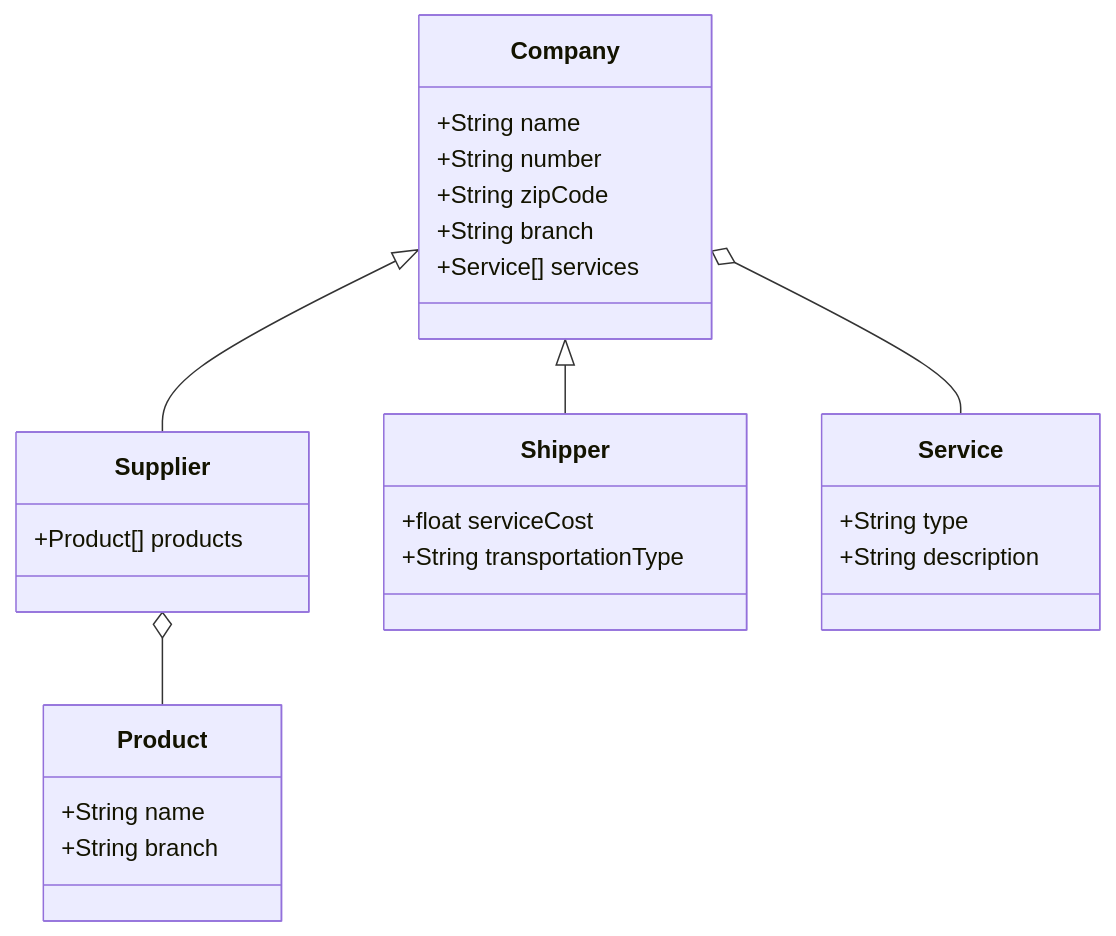
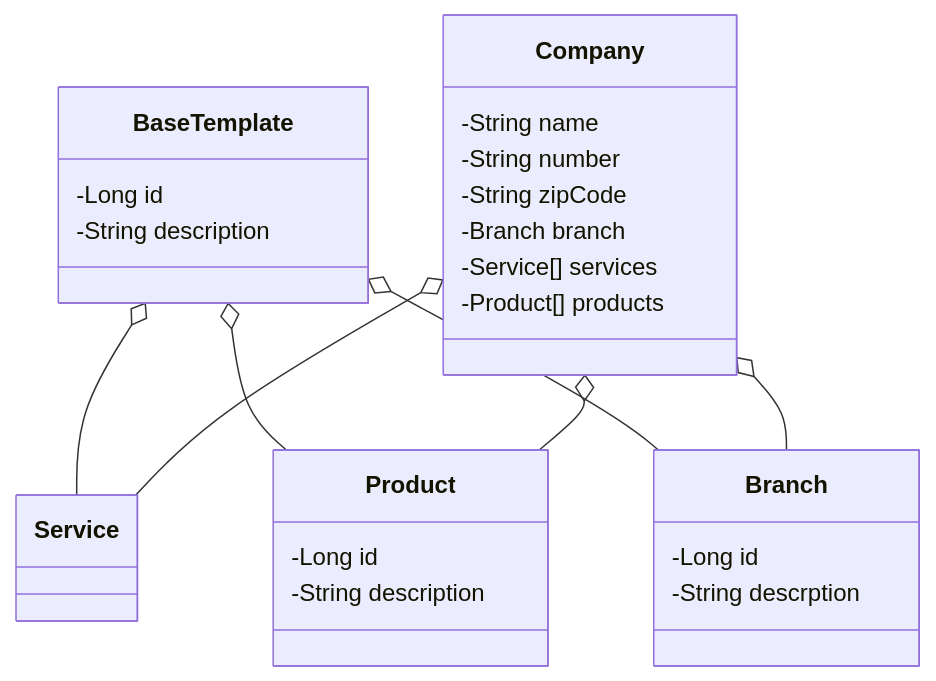
The diagram in README.md (pablof9610/dio-santander-supplier-api), drawn with Mermaid before and after one commit.

Commit message:
update class diagram

````diff
--- a/README.md
+++ b/README.md
@@ -5,34 +5,36 @@
 ```mermaid
 classDiagram
     class Company {
-        +String name
-        +String number
-        +String zipCode
-        +String branch
-        +Service[] services
+        -String name
+        -String number
+        -String zipCode
+        -Branch branch
+        -Service[] services
+        -Product[] products
     }
 
-    class Supplier {
-        +Product[] products
-    }
-
-    class Shipper {
-        +float serviceCost
-        +String transportationType
+    class BaseTemplate {
+        -Long id
+        -String description
     }
 
     class Service {
-        +String type
-        +String description
     }
 
     class Product {
-        +String name
-        +String branch
+        -Long id
+        -String description
     }
 
-    Company <|-- Supplier
-    Company <|-- Shipper
+    class Branch {
+        -Long id
+        -String descrption
+    }
+
+    BaseTemplate o-- Service
+    BaseTemplate o-- Product
+    BaseTemplate o-- Branch
     Company o-- Service
-    Supplier o-- Product
+    Company o-- Product
+    Company o-- Branch
 ```
````
